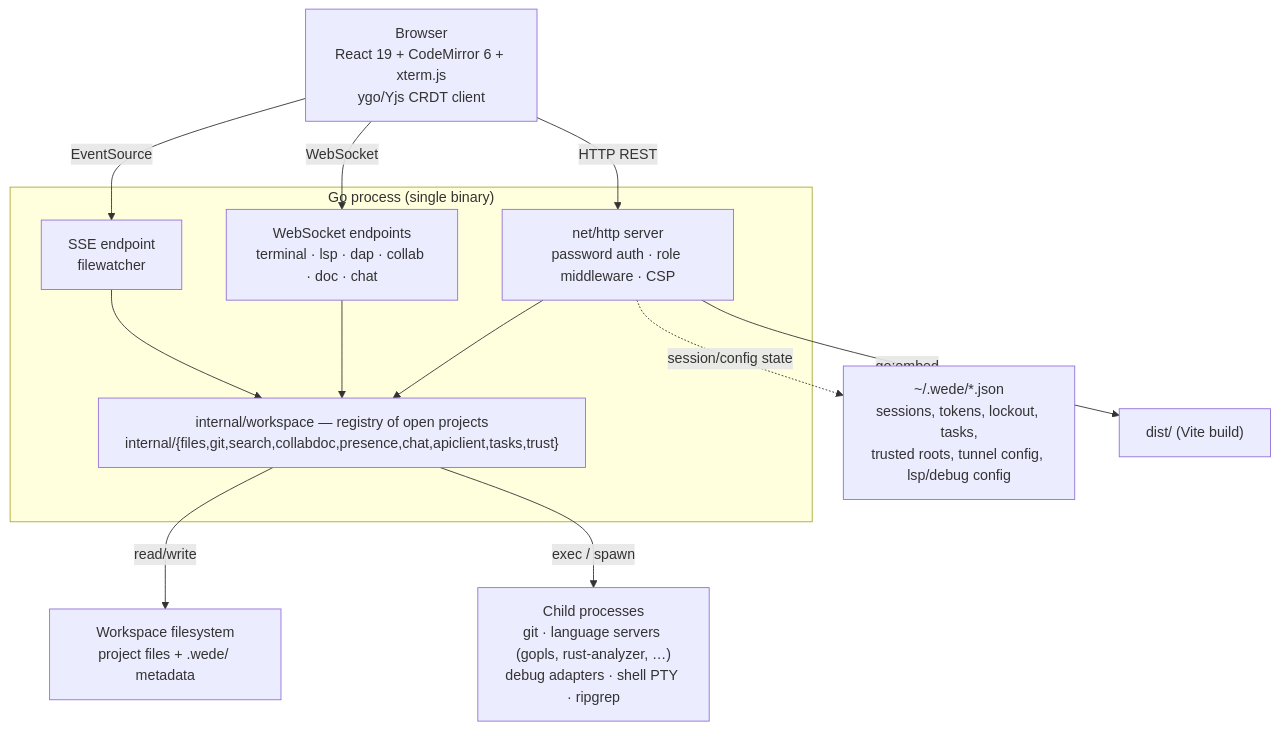
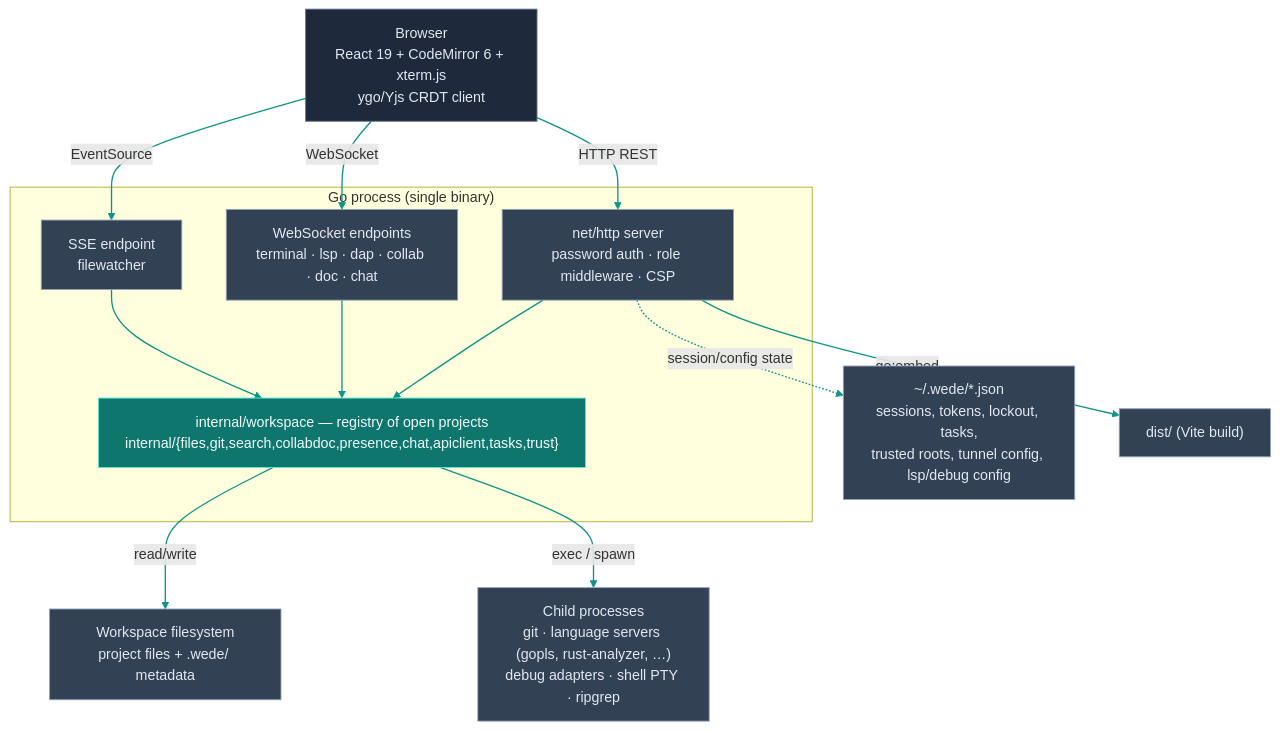
Before and after one commit to vul-os/wede: the first of 2 diagrams in docs/ARCHITECTURE.md, drawn with Mermaid. The commit also changed other lines of this file, not shown here.

````diff
--- a/docs/ARCHITECTURE.md
+++ b/docs/ARCHITECTURE.md
@@ -9,28 +9,36 @@
 ```mermaid
 flowchart TD
     Browser["Browser<br/>React 19 + CodeMirror 6 + xterm.js<br/>ygo/Yjs CRDT client"]
 
     subgraph Server["Go process (single binary)"]
         HTTP["net/http server<br/>password auth · role middleware · CSP"]
         WS["WebSocket endpoints<br/>terminal · lsp · dap · collab · doc · chat"]
         SSE["SSE endpoint<br/>filewatcher"]
         WSPKGS["internal/workspace — registry of open projects<br/>internal/{files,git,search,collabdoc,presence,chat,apiclient,tasks,trust}"]
     end
 
     FS["Workspace filesystem<br/>project files + .wede/ metadata"]
     Children["Child processes<br/>git · language servers (gopls, rust-analyzer, …)<br/>debug adapters · shell PTY · ripgrep"]
     Home["~/.wede/*.json<br/>sessions, tokens, lockout, tasks,<br/>trusted roots, tunnel config, lsp/debug config"]
 
     Browser -->|"HTTP REST"| HTTP
     Browser -->|"WebSocket"| WS
     Browser -->|"EventSource"| SSE
     HTTP --> WSPKGS
     WS --> WSPKGS
     SSE --> WSPKGS
     WSPKGS -->|"read/write"| FS
     WSPKGS -->|"exec / spawn"| Children
     HTTP -.->|"session/config state"| Home
 
     Dist["dist/ (Vite build)"]
     HTTP -->|"go:embed"| Dist
+
+    classDef entryTier fill:#1e293b,stroke:#64748b,color:#e2e8f0;
+    classDef subjectNode fill:#0f766e,stroke:#5eead4,color:#f0fdfa;
+    classDef backendTier fill:#334155,stroke:#94a3b8,color:#e2e8f0;
+    class Browser entryTier;
+    class WSPKGS subjectNode;
+    class HTTP,WS,SSE,FS,Children,Home,Dist backendTier;
+    linkStyle default stroke:#0d9488,stroke-width:1.5px;
 ```
````
